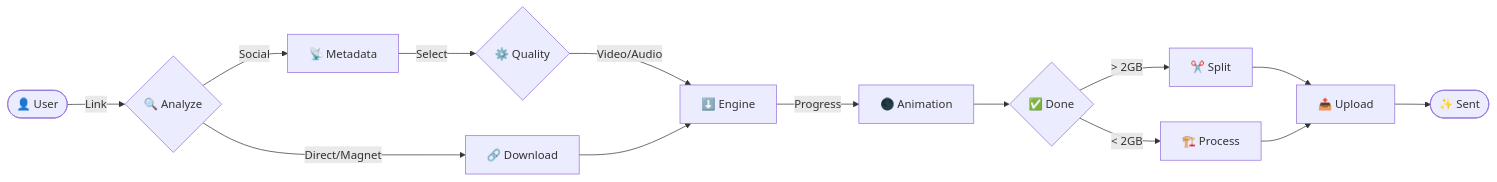
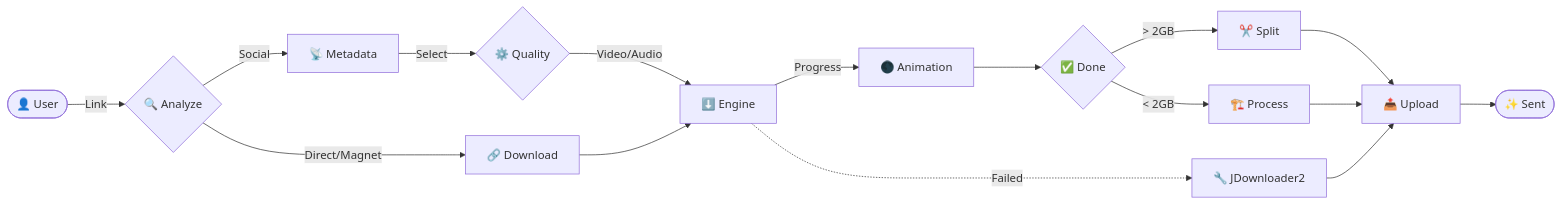
One commit to Omer-Dahan/Media-Downloader-Bot changed the diagram in README.md. Above: the diagram before and after it, drawn with Mermaid. The commit also changed other lines of this file and 12 other files, not shown here.

Commit message:
feat: Implement initial bot structure with JDownloader download engine, configuration, and administration modules.

````diff
--- a/README.md
+++ b/README.md
@@ -67,22 +70,25 @@
 ```mermaid
 graph LR
     User([👤 User]) -->|Link| Start{🔍 Analyze}
     
     Start -->|Social| Fetch[📡 Metadata]
     Start -->|Direct/Magnet| Direct[🔗 Download]
     
     Fetch -->|Select| Options{⚙️ Quality}
     Options -->|Video/Audio| Engine[⬇️ Engine]
     
     Direct --> Engine
     
     Engine -->|Progress| Moon[🌑 Animation]
     Moon --> Done{✅ Done}
     
     Done -->|> 2GB| Split[✂️ Split]
     Done -->|< 2GB| Proc[🏗️ Process]
     
     Split & Proc --> Upload[📤 Upload]
     
     Upload --> Fin([✨ Sent])
+
+    Engine -.->|Failed| JD[🔧 JDownloader2]
+    JD --> Upload
 ```
````
